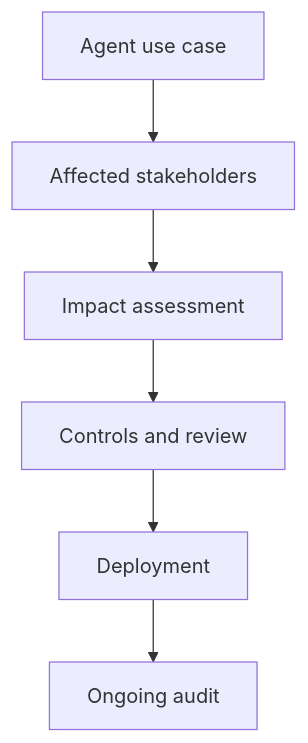
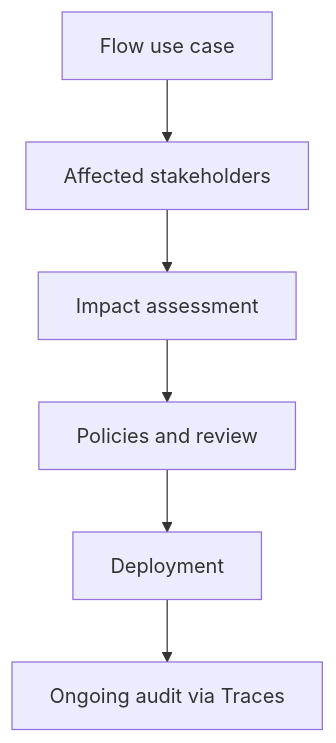
One commit to naren-allam/agents-beginners changed the eighth of 13 diagrams in book/chapters/chapter-06-enterprise-adoption-of-agentic-ai.md. Above: the diagram before and after it, drawn with Mermaid. The commit also changed other lines of this file and 28 other files, not shown here.

````diff
--- a/book/chapters/chapter-06-enterprise-adoption-of-agentic-ai.md
+++ b/book/chapters/chapter-06-enterprise-adoption-of-agentic-ai.md
@@ -237,15 +260,15 @@
 ```mermaid
 flowchart TD
-    UseCase["Agent use case"]
+    UseCase["Flow use case"]
     Stakeholders["Affected stakeholders"]
     Impact["Impact assessment"]
-    Controls["Controls and review"]
+    Controls["Policies and review"]
     Deployment["Deployment"]
-    Audit["Ongoing audit"]
+    Audit["Ongoing audit via Traces"]
 
     UseCase --> Stakeholders
     Stakeholders --> Impact
     Impact --> Controls
     Controls --> Deployment
     Deployment --> Audit
 ```
````
